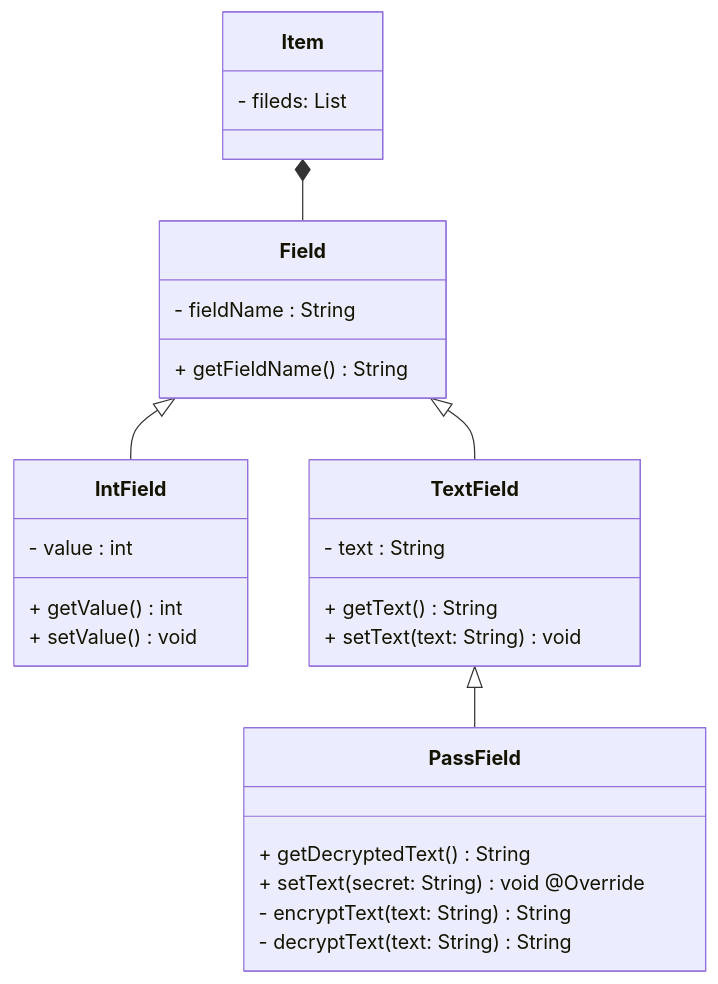
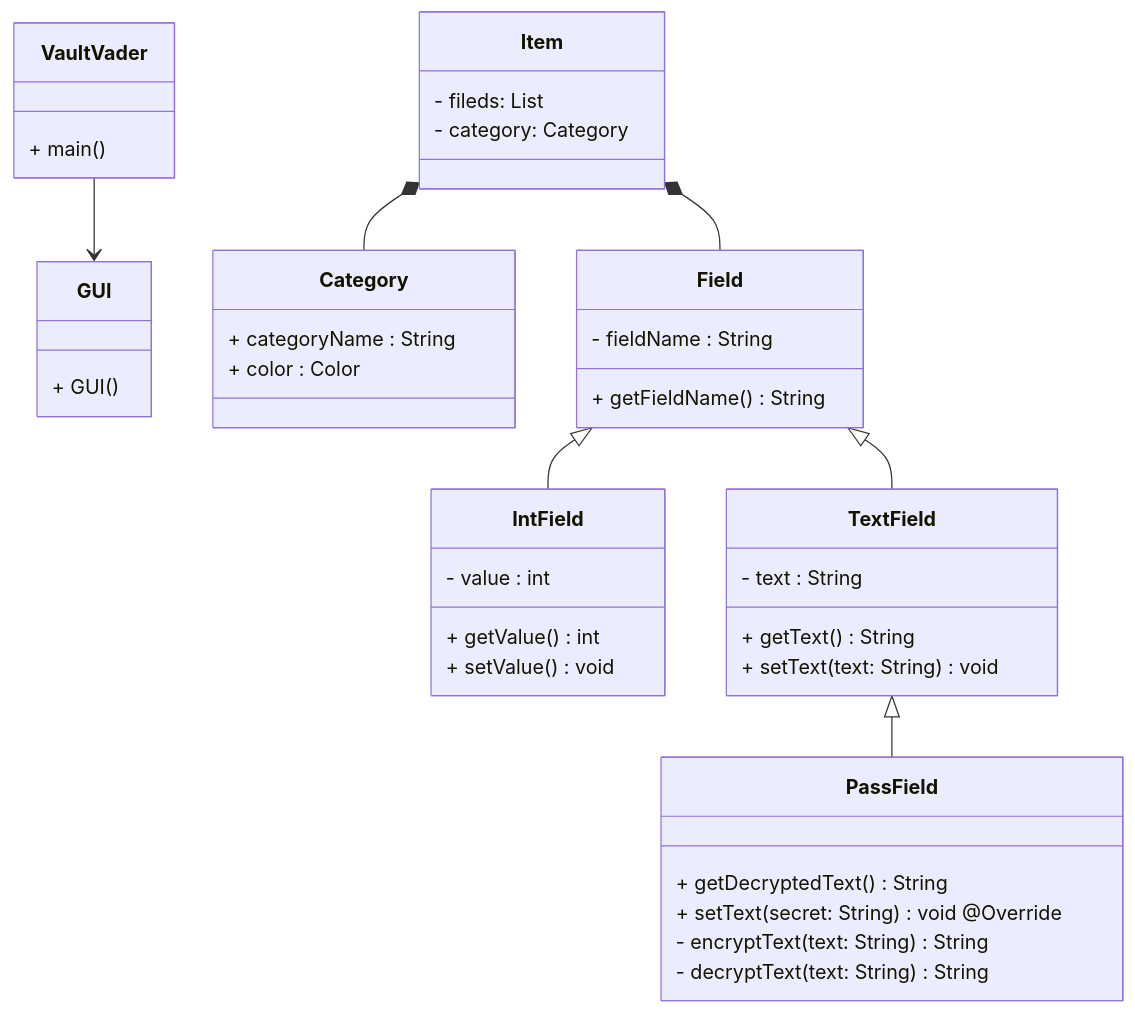
Before and after one commit to Spyro1/Vault-Vader: the diagram in README.md, drawn with Mermaid. The commit also changed 10 other files, not shown here.

````diff
--- a/README.md
+++ b/README.md
@@ -7,32 +7,46 @@
 ```mermaid
 classDiagram
+    class VaultVader{
+        + main()
+    }
+    class GUI{
+        + GUI()
+    }
     class Item{
         - fileds: List<Field>
+        - category: Category
+    }
+    class Category{
+        + categoryName : String
+        + color : Color
     }
     class Field{
         - fieldName : String
         + getFieldName() String
     }
     class IntField{
         - value : int
         + getValue() int
         + setValue() void
     }
     class TextField{
         - text : String
         + getText() String
         + setText(text: String) void
     }
     class PassField{
         + getDecryptedText() String
         + setText(secret: String) void @Override
         - encryptText(text: String) String
         - decryptText(text: String) String
     }
+    VaultVader --> GUI 
+    
     Item *-- Field
+    Item *-- Category
    
     Field <|-- IntField
     Field <|-- TextField
     TextField <|-- PassField
 
 ```
````
